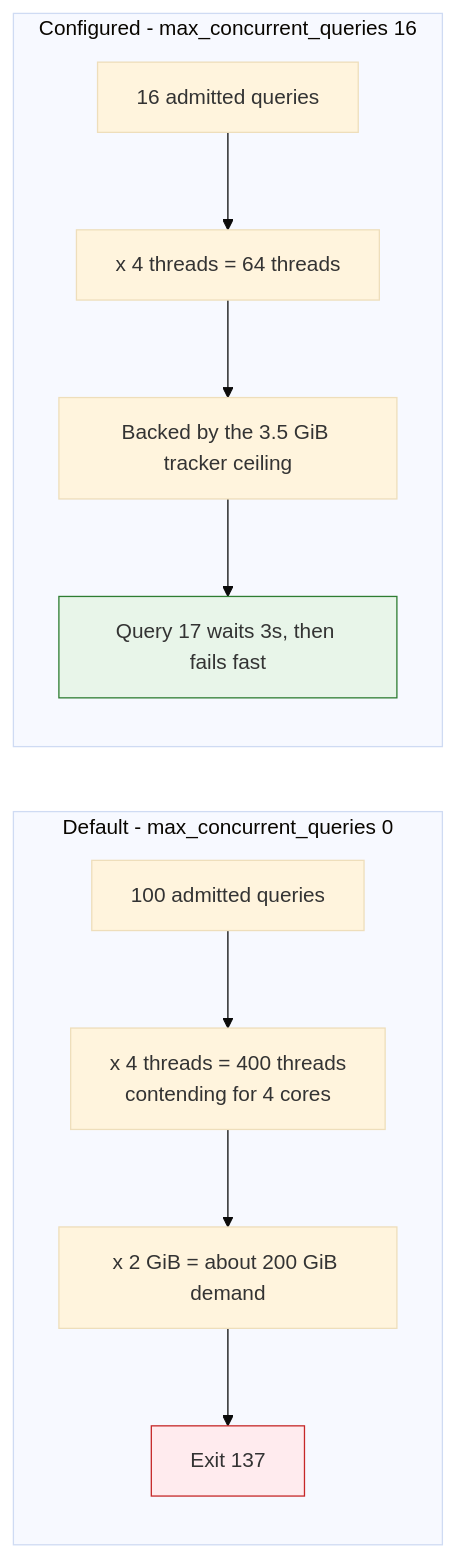
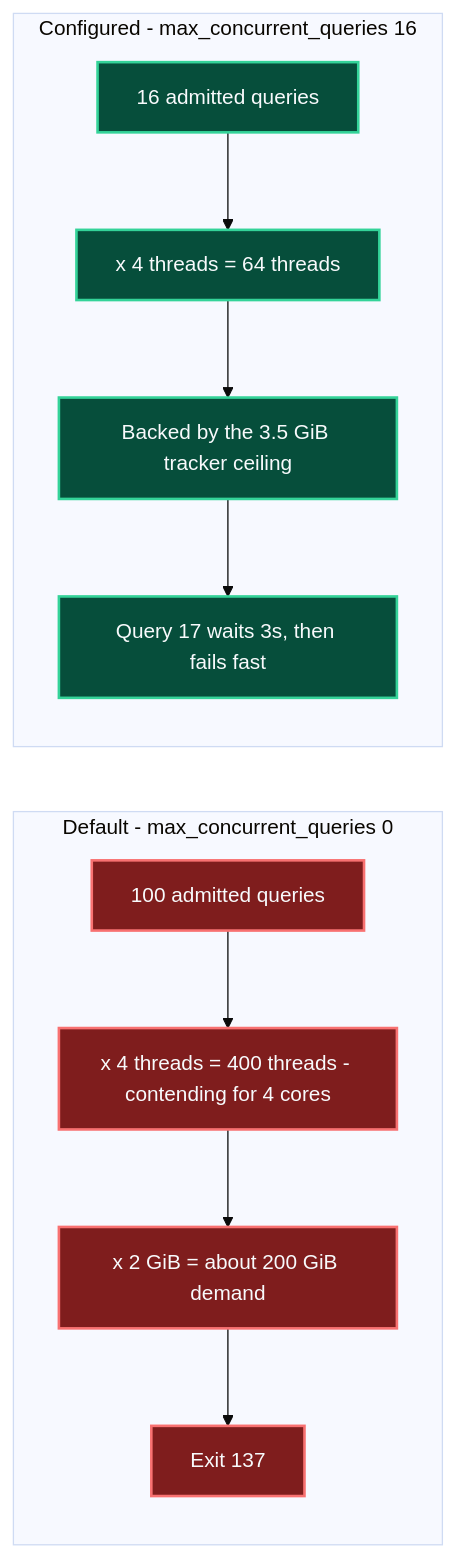
Before and after one commit to Chief-Strategist-J/llm-obs-infra: the fifth of 17 diagrams in docs/configDoc/clickhouse-configuration-guide.md, drawn with Mermaid (base theme). The commit also changed other lines of this file, not shown here.

First line of the commit message:
fix(clickhouse-docs): repair Mermaid rendering, colour all diagrams, strip pseudocode comments

````diff
--- a/docs/configDoc/clickhouse-configuration-guide.md
+++ b/docs/configDoc/clickhouse-configuration-guide.md
@@ -736,17 +803,23 @@
 ```mermaid
 graph LR
     subgraph Unbounded ["Default - max_concurrent_queries 0"]
-        U1["100 admitted queries"] --> U2["x 4 threads = 400 threads<br/>contending for 4 cores"]
+        U1["100 admitted queries"] --> U2["x 4 threads = 400 threads - contending for 4 cores"]
         U2 --> U3["x 2 GiB = about 200 GiB demand"]
         U3 --> U4["Exit 137"]
     end
 
     subgraph Bounded ["Configured - max_concurrent_queries 16"]
         B1["16 admitted queries"] --> B2["x 4 threads = 64 threads"]
         B2 --> B3["Backed by the 3.5 GiB tracker ceiling"]
         B3 --> B4["Query 17 waits 3s, then fails fast"]
     end
 
-    style U4 fill:#ffebee,stroke:#c62828
-    style B4 fill:#e8f5e9,stroke:#2e7d32
+    style U1 fill:#7f1d1d,stroke:#f87171,stroke-width:2px,color:#f8fafc
+    style U2 fill:#7f1d1d,stroke:#f87171,stroke-width:2px,color:#f8fafc
+    style U3 fill:#7f1d1d,stroke:#f87171,stroke-width:2px,color:#f8fafc
+    style U4 fill:#7f1d1d,stroke:#f87171,stroke-width:2px,color:#f8fafc
+    style B1 fill:#064e3b,stroke:#34d399,stroke-width:2px,color:#f8fafc
+    style B2 fill:#064e3b,stroke:#34d399,stroke-width:2px,color:#f8fafc
+    style B3 fill:#064e3b,stroke:#34d399,stroke-width:2px,color:#f8fafc
+    style B4 fill:#064e3b,stroke:#34d399,stroke-width:2px,color:#f8fafc
 ```
````
